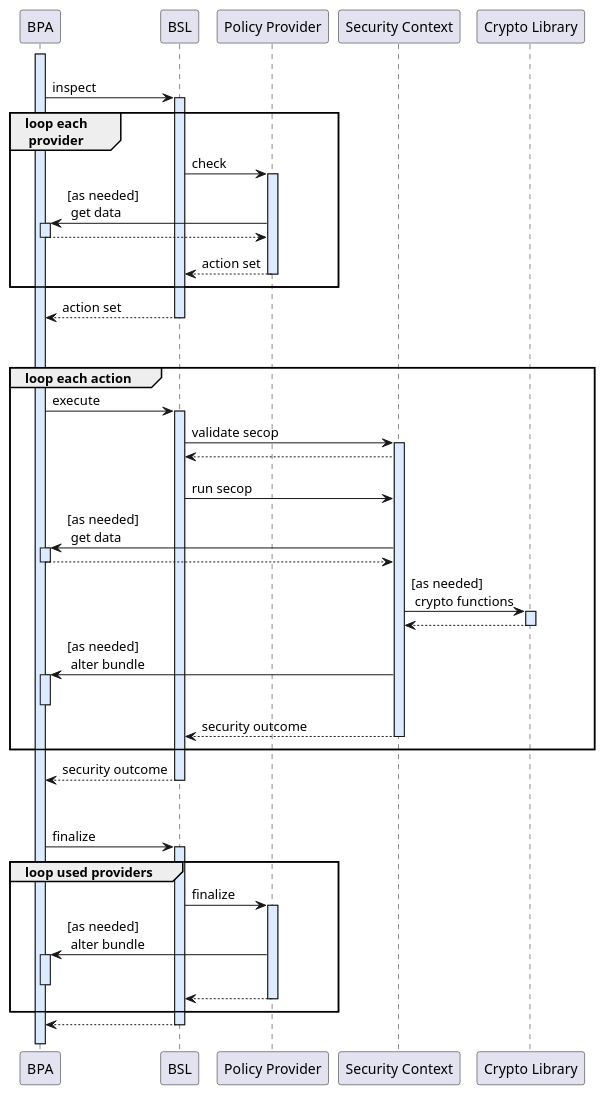
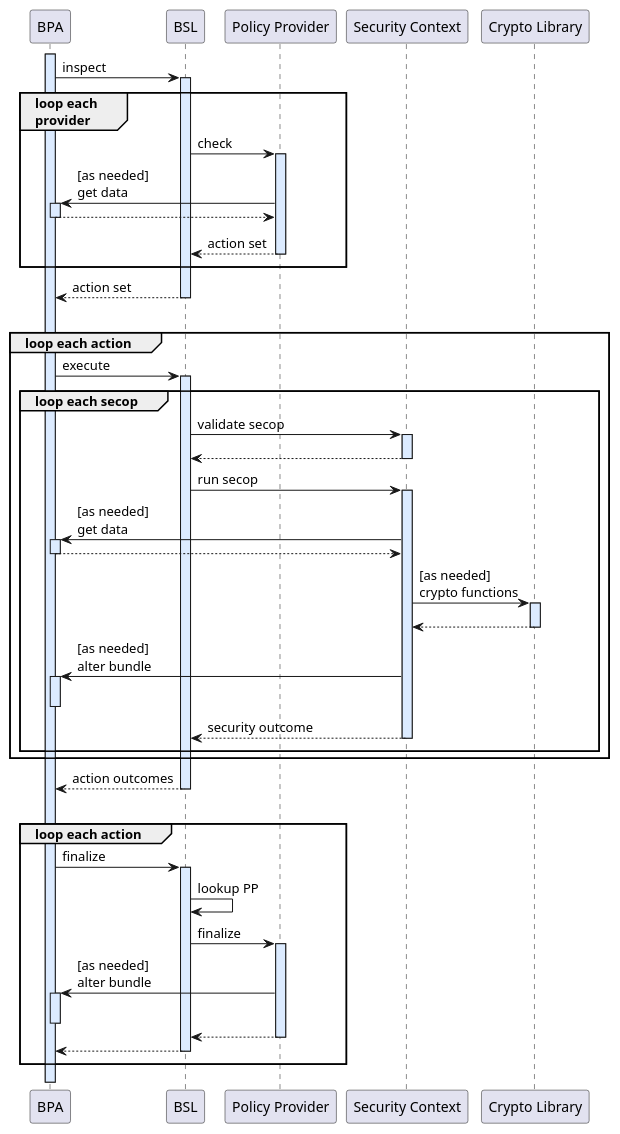
The diagram in user-guide/static/bundle-workflow.puml (NASA-AMMOS/BSL-docs), drawn with PlantUML before and after one commit.

Commit message:
Fixing scope of loops in sequence

```diff
--- a/user-guide/static/bundle-workflow.puml
+++ b/user-guide/static/bundle-workflow.puml
@@ -1,86 +1,95 @@
 @startuml
 participant "BPA" as BPA
 participant "BSL" as BSL
 participant "Policy Provider" as Policy
 participant "Security Context" as SC
 participant "Crypto Library" as Crypto
 
-||20||
-
 activate BPA #dcebff
 BPA -> BSL : inspect
 activate BSL #dcebff
-group loop each \n provider
+group loop each\nprovider
     BSL -> Policy : check
 
     activate Policy #dcebff
-    Policy -> BPA : [as needed] \n get data
+    Policy -> BPA : [as needed]\nget data
 
     activate BPA #dcebff
     BPA --> Policy
     deactivate BPA
 
     ||5||
 
     Policy --> BSL : action set
     ||5||
     deactivate Policy
 end
 BSL --> BPA : action set
 deactivate BSL
 
-||35||
+||20||
 
 group loop each action
     BPA -> BSL : execute
     activate BSL #dcebff
 
-    BSL -> SC : validate secop
-    activate SC #dcebff
-    SC --> BSL
-    ||10||
-    BSL -> SC : run secop
+    group loop each secop
     
-    SC -> BPA : [as needed] \n get data
-    activate BPA #dcebff
-    BPA --> SC
-    deactivate BPA
+        BSL -> SC : validate secop
+        activate SC #dcebff
+        ||10||
+        SC --> BSL
+        deactivate SC
 
-    SC -> Crypto : [as needed] \n crypto functions
-    activate Crypto #dcebff
-    Crypto --> SC
-    deactivate Crypto
+        BSL -> SC : run secop
+        activate SC #dcebff
 
-    SC -> BPA : [as needed] \n alter bundle
-    activate BPA #dcebff
-    deactivate BPA
-
-    SC --> BSL : security outcome
-    ||5||
-    deactivate SC
+        SC -> BPA : [as needed]\nget data
+        activate BPA #dcebff
+        BPA --> SC
+        deactivate BPA
+    
+        SC -> Crypto : [as needed]\ncrypto functions
+        activate Crypto #dcebff
+        ||10||
+        Crypto --> SC
+        deactivate Crypto
+    
+        SC -> BPA : [as needed]\nalter bundle
+        activate BPA #dcebff
+        deactivate BPA
+    
+        SC --> BSL : security outcome
+        ||5||
+        deactivate SC
+    end
 end
-BSL --> BPA : security outcome
+BSL --> BPA : action outcomes
 deactivate BSL
 
-||35||
+||20||
 
-BPA -> BSL : finalize
-activate BSL #dcebff
-group loop used providers
+group loop each action
+    BPA -> BSL : finalize
+    activate BSL #dcebff
+
+    BSL -> BSL : lookup PP
+
     BSL -> Policy : finalize
     activate Policy #dcebff
 
-    Policy -> BPA : [as needed] \n alter bundle
+    Policy -> BPA : [as needed]\nalter bundle
     activate BPA #dcebff
     deactivate BPA
 
     Policy --> BSL
+    deactivate Policy
+
+    BSL --> BPA
+    deactivate BSL
     ||5||
-    deactivate Policy
 end
-BSL --> BPA
-deactivate BSL
 
 ||10||
 
 @enduml
```
